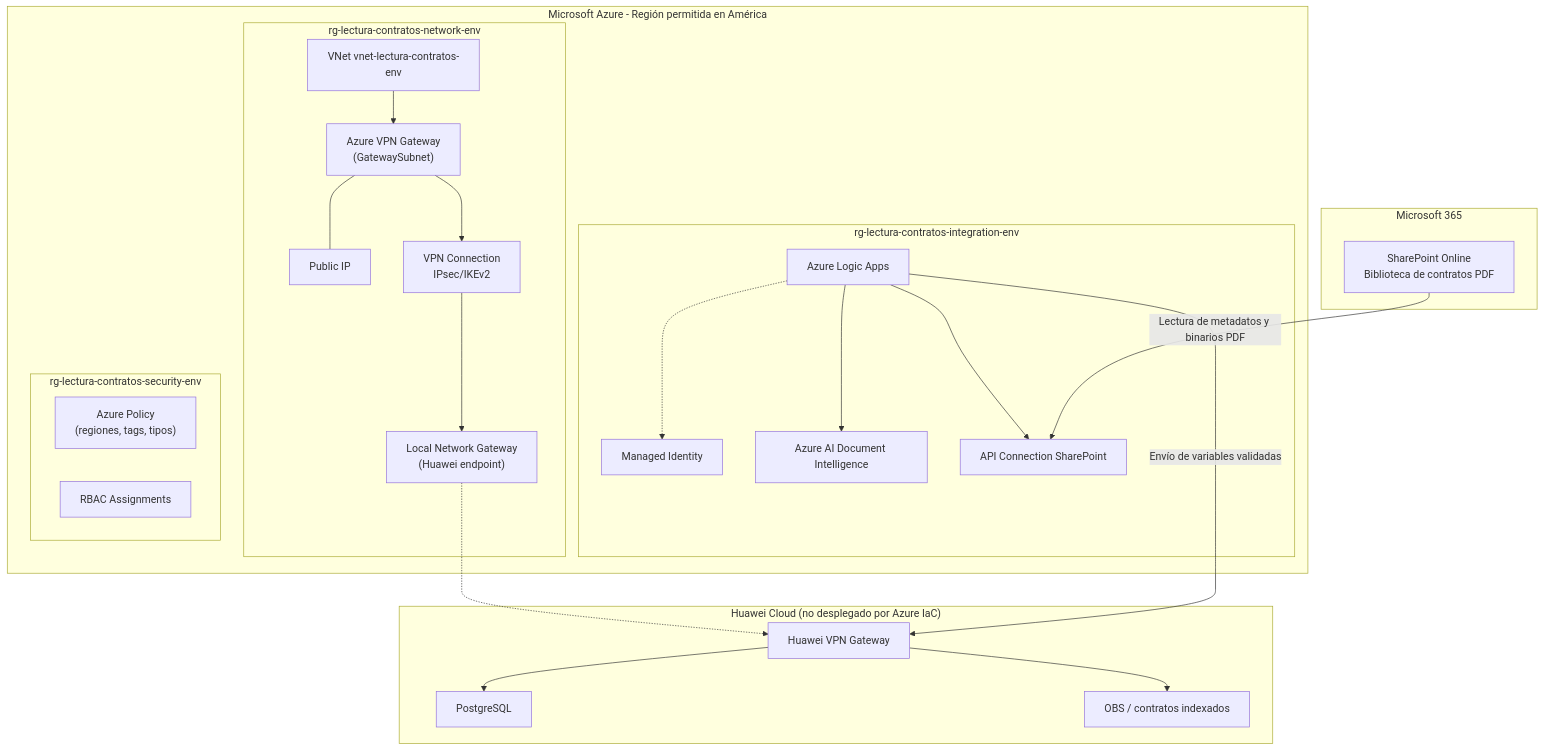
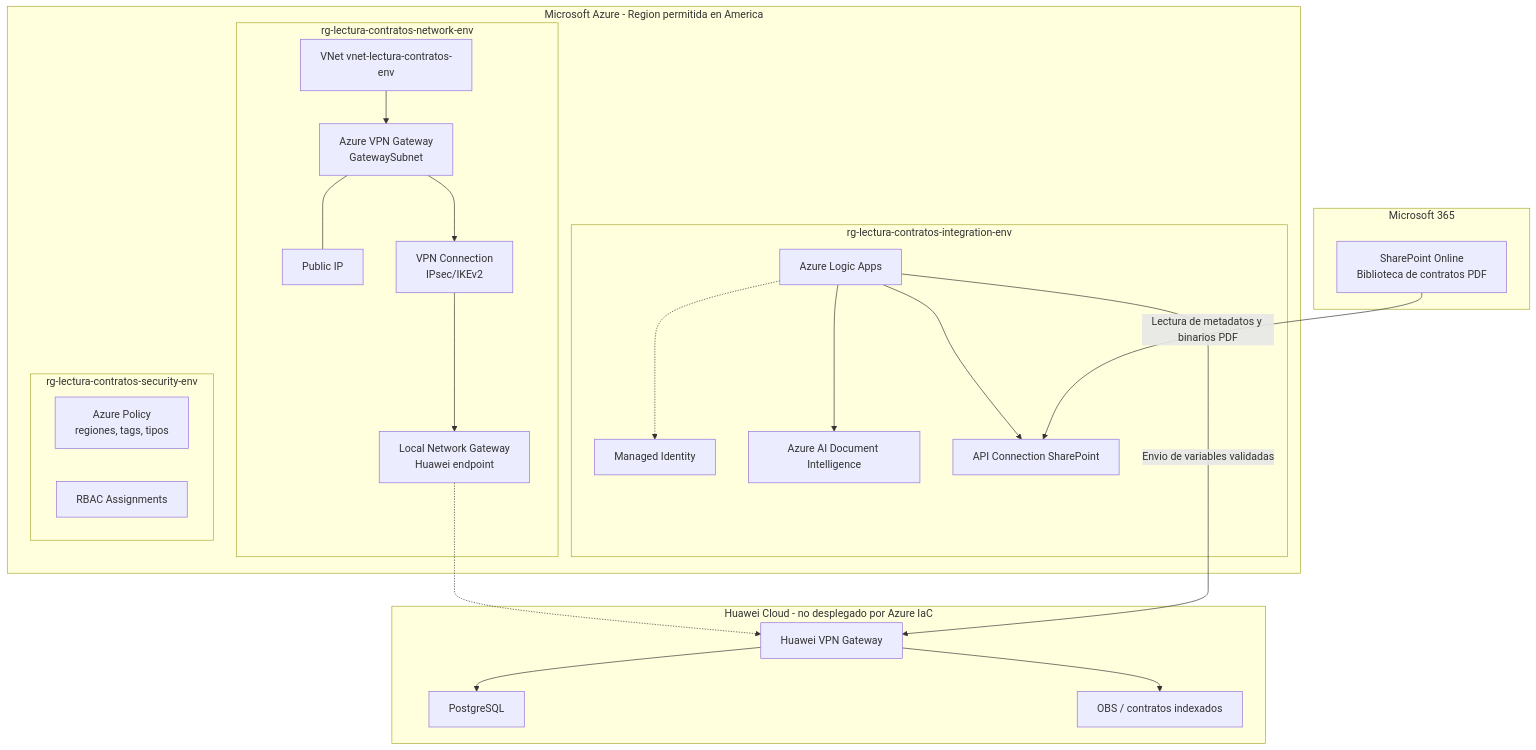
The diagram in README.md (RogerMicrosoftCode/DocumentosAI), drawn with Mermaid before and after one commit. The commit also changed other lines of this file and 1 other file, not shown here.

````diff
--- a/README.md
+++ b/README.md
@@ -85,47 +85,47 @@
 ```mermaid
 flowchart TB
     subgraph M365["Microsoft 365"]
-        SPO["SharePoint Online\nBiblioteca de contratos PDF"]
+        SPO["SharePoint Online<br/>Biblioteca de contratos PDF"]
     end
 
-    subgraph AZ["Microsoft Azure - Región permitida en América"]
+    subgraph AZ["Microsoft Azure - Region permitida en America"]
         subgraph NET["rg-lectura-contratos-network-env"]
             VNET["VNet vnet-lectura-contratos-env"]
-            GW["Azure VPN Gateway\n(GatewaySubnet)"]
+            GW["Azure VPN Gateway<br/>GatewaySubnet"]
             PIP["Public IP"]
-            LNG["Local Network Gateway\n(Huawei endpoint)"]
-            VPNCONN["VPN Connection\nIPsec/IKEv2"]
+            LNG["Local Network Gateway<br/>Huawei endpoint"]
+            VPNCONN["VPN Connection<br/>IPsec/IKEv2"]
             VNET --> GW
             GW --- PIP
             GW --> VPNCONN
             VPNCONN --> LNG
         end
 
         subgraph INTG["rg-lectura-contratos-integration-env"]
             LA["Azure Logic Apps"]
             MI["Managed Identity"]
             DI["Azure AI Document Intelligence"]
             APICONN["API Connection SharePoint"]
             LA --> APICONN
             LA --> DI
             LA -.-> MI
         end
 
         subgraph SEC["rg-lectura-contratos-security-env"]
-            POL["Azure Policy\n(regiones, tags, tipos)"]
+            POL["Azure Policy<br/>regiones, tags, tipos"]
             RBAC["RBAC Assignments"]
         end
     end
 
-    subgraph HW["Huawei Cloud (no desplegado por Azure IaC)"]
+    subgraph HW["Huawei Cloud - no desplegado por Azure IaC"]
         HWGW["Huawei VPN Gateway"]
         PG["PostgreSQL"]
         OBS["OBS / contratos indexados"]
     end
 
     SPO -- "Lectura de metadatos y binarios PDF" --> APICONN
     LNG -.-> HWGW
-    LA -- "Envío de variables validadas" --> HWGW
+    LA -- "Envio de variables validadas" --> HWGW
     HWGW --> PG
     HWGW --> OBS
 ```
````
